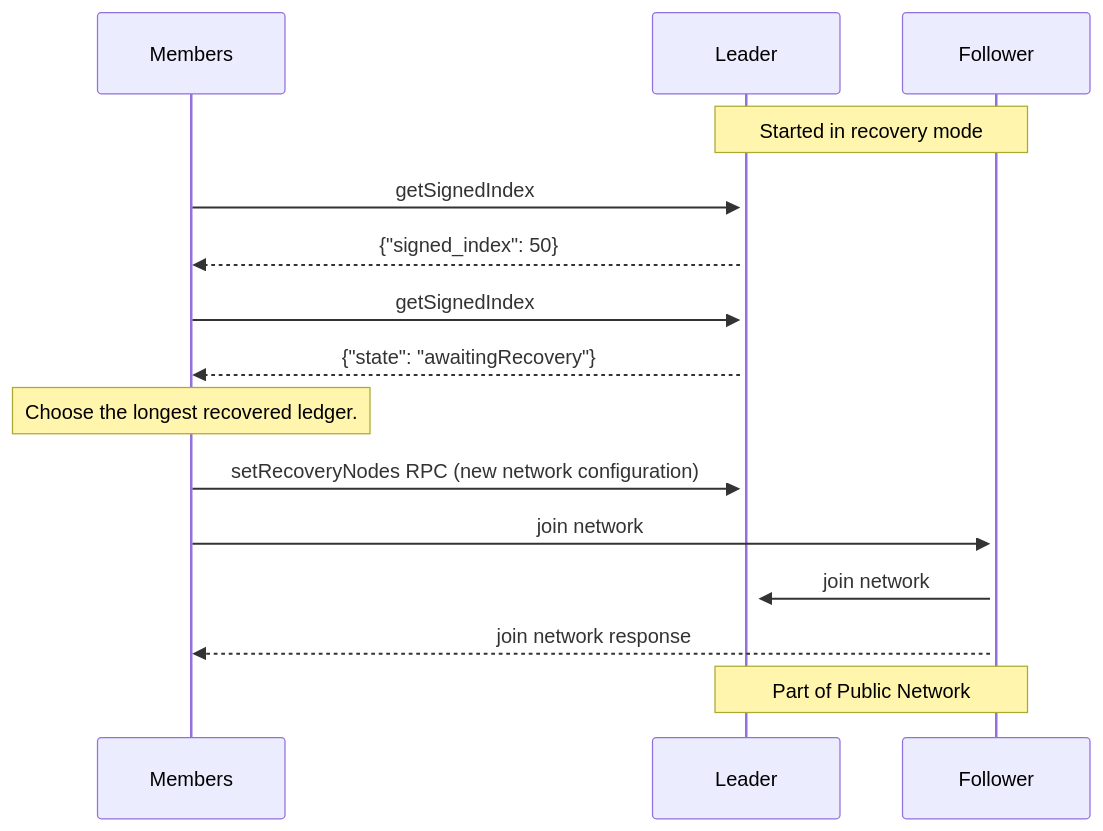
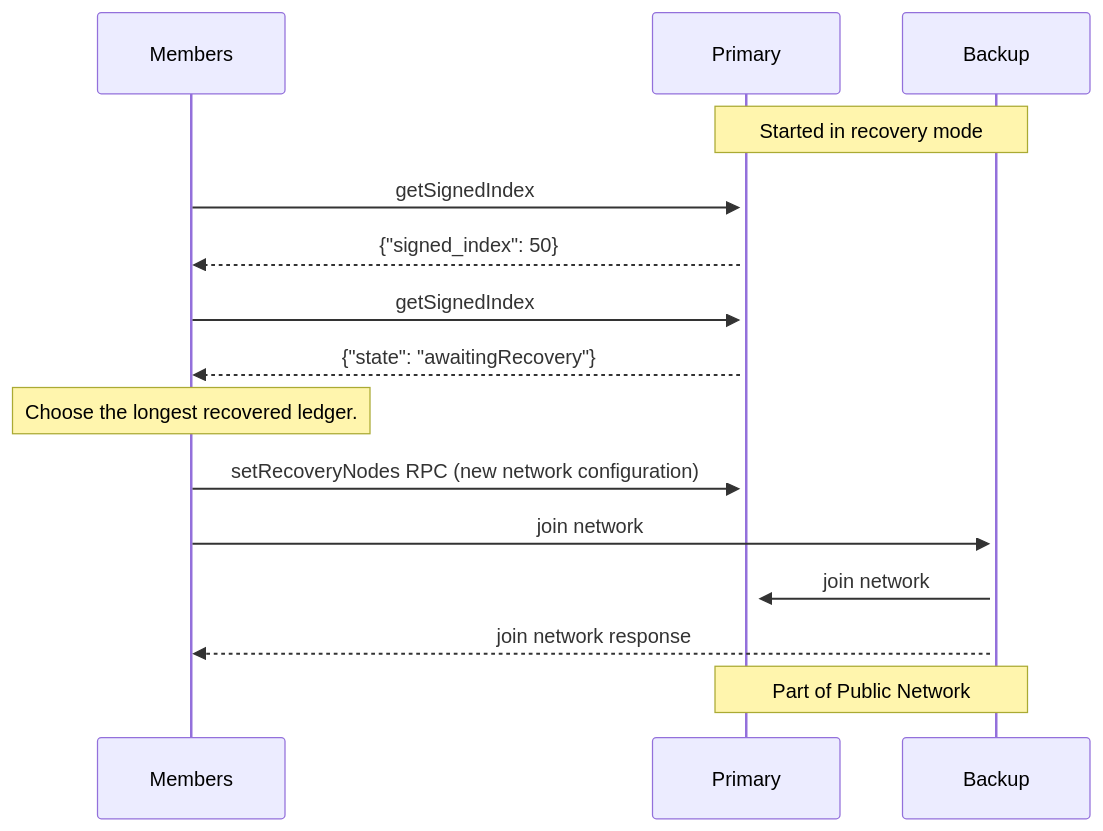
One commit to microsoft/CCF changed the first of 2 diagrams in sphinx/source/recovery.rst. Above: the diagram before and after it, drawn with Mermaid. The commit also changed other lines of this file and 19 other files, not shown here.

```diff
--- a/sphinx/source/recovery.rst
+++ b/sphinx/source/recovery.rst
@@ -36,23 +36,23 @@
 .. mermaid::
 
     sequenceDiagram
         participant Members
-        participant Leader
-        participant Follower
+        participant Primary
+        participant Backup
 
-        Note over Leader, Follower: Started in recovery mode
+        Note over Primary, Backup: Started in recovery mode
 
-        Members->>+Leader: getSignedIndex
-        Leader-->>Members: {"signed_index": 50}
-        Members->>Leader: getSignedIndex
-        Leader-->>Members: {"state": "awaitingRecovery"}
+        Members->>+Primary: getSignedIndex
+        Primary-->>Members: {"signed_index": 50}
+        Members->>Primary: getSignedIndex
+        Primary-->>Members: {"state": "awaitingRecovery"}
 
         Note over Members: Choose the longest recovered ledger.
 
-        Members->>+Leader: setRecoveryNodes RPC (new network configuration)
+        Members->>+Primary: setRecoveryNodes RPC (new network configuration)
 
-        Members->>+Follower: join network
-        Follower->>+Leader: join network
-        Follower-->>Members: join network response
+        Members->>+Backup: join network
+        Backup->>+Primary: join network
+        Backup-->>Members: join network response
 
-        Note over Leader, Follower: Part of Public Network
+        Note over Primary, Backup: Part of Public Network
```
